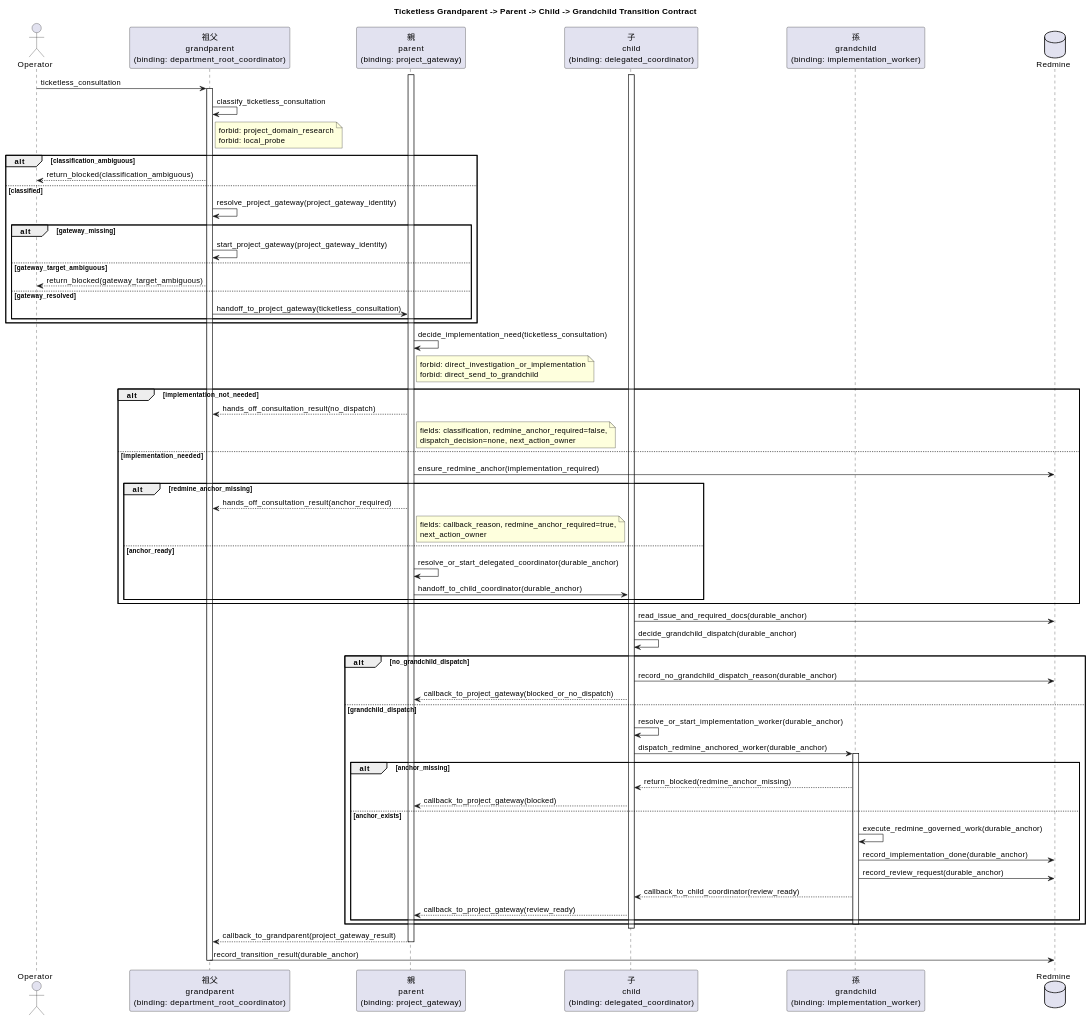
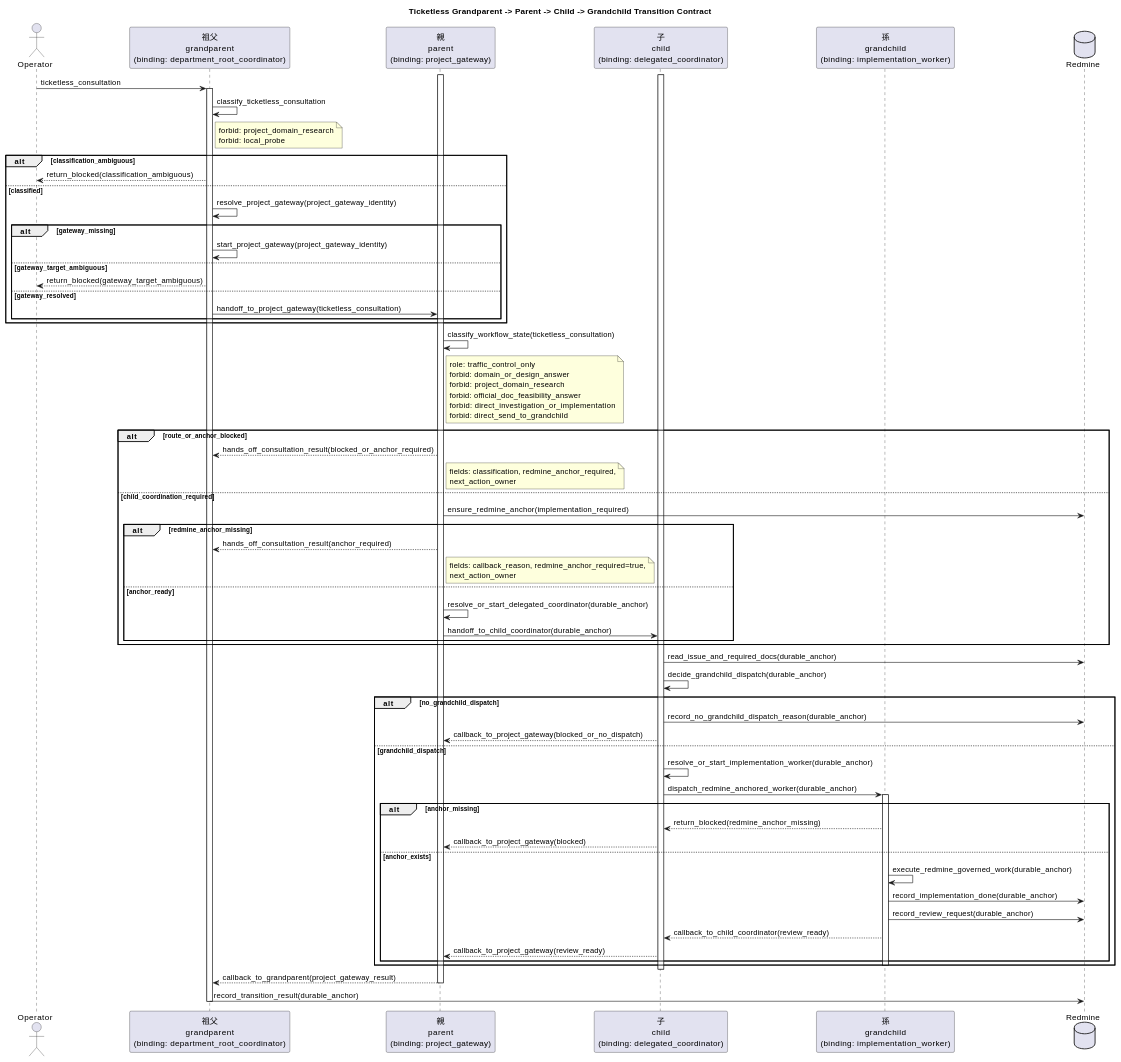
One commit to hollySizzle/mozyo_bridge changed the diagram in vibes/docs/logics/ticketless-project-gateway-runtime-ux.md. Above: the diagram before and after it, drawn with PlantUML. The commit also changed other lines of this file and 2 other files, not shown here.

First line of the commit message:
Clarify project gateway traffic-control role

```diff
--- a/vibes/docs/logics/ticketless-project-gateway-runtime-ux.md
+++ b/vibes/docs/logics/ticketless-project-gateway-runtime-ux.md
@@ -315,19 +339,23 @@
 end
 
 activate Parent
-Parent -> Parent: decide_implementation_need(ticketless_consultation)
+Parent -> Parent: classify_workflow_state(ticketless_consultation)
 note right of Parent
+  role: traffic_control_only
+  forbid: domain_or_design_answer
+  forbid: project_domain_research
+  forbid: official_doc_feasibility_answer
   forbid: direct_investigation_or_implementation
   forbid: direct_send_to_grandchild
 end note
 
-alt implementation_not_needed
-  Parent --> Grandparent: hands_off_consultation_result(no_dispatch)
+alt route_or_anchor_blocked
+  Parent --> Grandparent: hands_off_consultation_result(blocked_or_anchor_required)
   note right of Parent
-    fields: classification, redmine_anchor_required=false,
-    dispatch_decision=none, next_action_owner
+    fields: classification, redmine_anchor_required,
+    next_action_owner
   end note
-else implementation_needed
+else child_coordination_required
   Parent -> Redmine: ensure_redmine_anchor(implementation_required)
   alt redmine_anchor_missing
     Parent --> Grandparent: hands_off_consultation_result(anchor_required)
```
